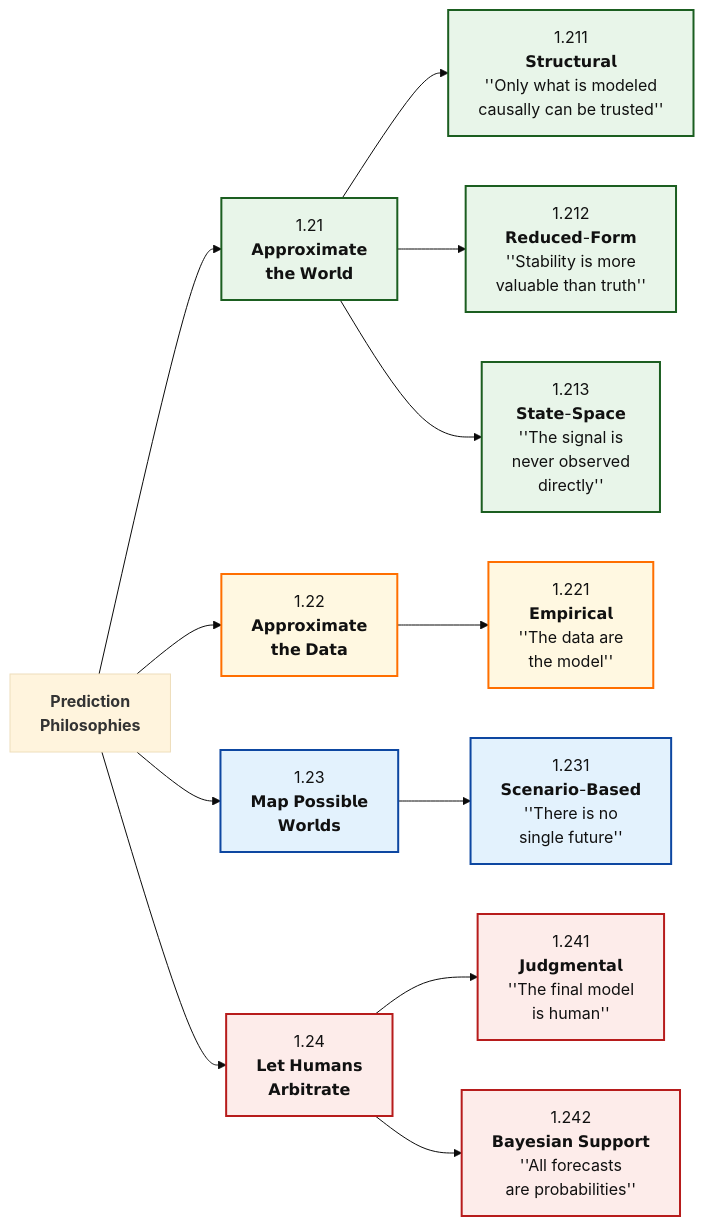
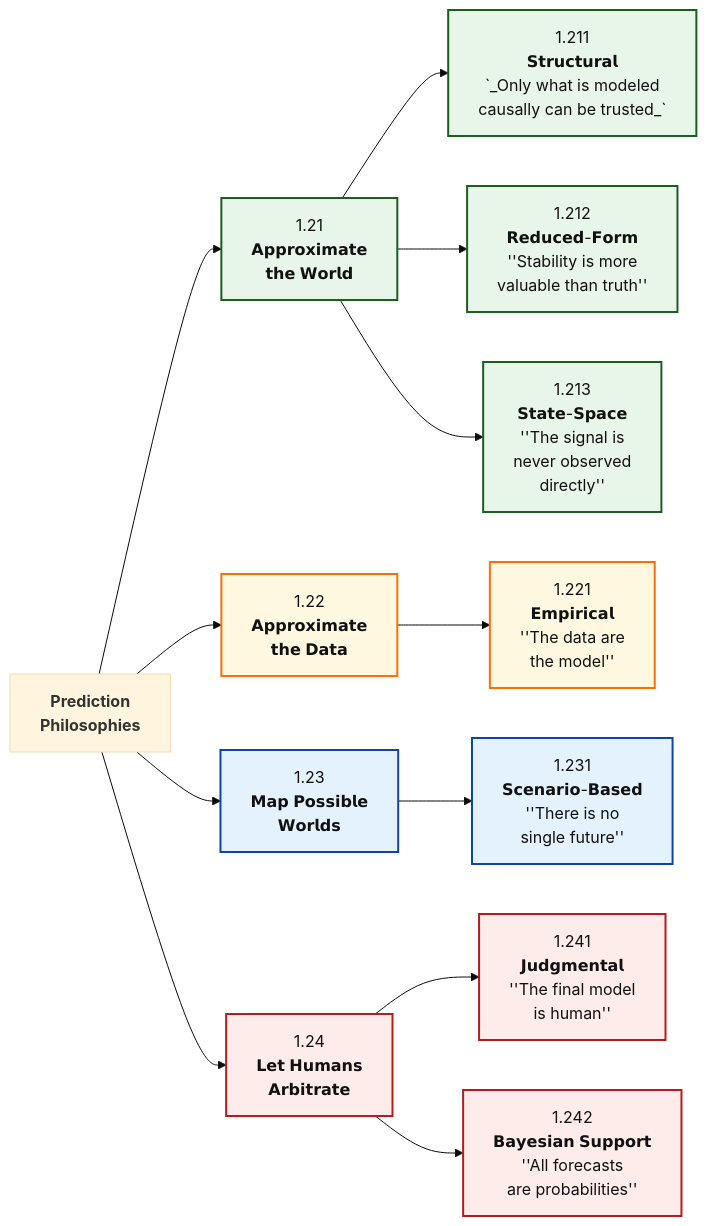
One commit to Tellusant/docs changed the diagram in articles-posts/predictive-model-evaluation-framework.md. Above: the diagram before and after it, drawn with Mermaid (base theme).

```diff
--- a/articles-posts/predictive-model-evaluation-framework.md
+++ b/articles-posts/predictive-model-evaluation-framework.md
@@ -25,42 +25,42 @@
 <div class="mermaid">
   
 flowchart LR
 
 %% ========= NODES =========
 P["`**Prediction**<br/>**Philosophies**`"]:::none
 
 AW["1.21<br/>𝗔𝗽𝗽𝗿𝗼𝘅𝗶𝗺𝗮𝘁𝗲<br/>𝘁𝗵𝗲 𝗪𝗼𝗿𝗹𝗱"]:::strong
 AD["1.22<br/>𝗔𝗽𝗽𝗿𝗼𝘅𝗶𝗺𝗮𝘁𝗲<br/>𝘁𝗵𝗲 𝗗𝗮𝘁𝗮"]:::mixed
 PW["1.23<br/>𝗠𝗮𝗽 𝗣𝗼𝘀𝘀𝗶𝗯𝗹𝗲<br/>𝗪𝗼𝗿𝗹𝗱𝘀"]:::neutral
 HA["1.24<br/>𝗟𝗲𝘁 𝗛𝘂𝗺𝗮𝗻𝘀<br/>𝗔𝗿𝗯𝗶𝘁𝗿𝗮𝘁𝗲"]:::risk
 
-STR["1.211<br/>𝗦𝘁𝗿𝘂𝗰𝘁𝘂𝗿𝗮𝗹<br/>''Only what is modeled<br/>causally can be trusted''"]:::strong
+STR["1.211<br/>𝗦𝘁𝗿𝘂𝗰𝘁𝘂𝗿𝗮𝗹<br/>`_Only what is modeled<br/>causally can be trusted_`"]:::strong
 RED["1.212<br/>𝗥𝗲𝗱𝘂𝗰𝗲𝗱-𝗙𝗼𝗿𝗺<br/>''Stability is more<br/>valuable than truth''"]:::strong
 STA["1.213<br/>𝗦𝘁𝗮𝘁𝗲-𝗦𝗽𝗮𝗰𝗲<br/>''The signal is<br/>never observed<br/>directly''"]:::strong
 EMP["1.221<br/>𝗘𝗺𝗽𝗶𝗿𝗶𝗰𝗮𝗹<br/>''The data are<br/>the model''"]:::mixed
 SCE["1.231<br/>𝗦𝗰𝗲𝗻𝗮𝗿𝗶𝗼-𝗕𝗮𝘀𝗲𝗱<br/>''There is no<br/>single future''"]:::neutral
 JUD["1.241<br/>𝗝𝘂𝗱𝗴𝗺𝗲𝗻𝘁𝗮𝗹<br/>''The final model<br/>is human''"]:::risk
 BAY["1.242<br/>𝗕𝗮𝘆𝗲𝘀𝗶𝗮𝗻 𝗦𝘂𝗽𝗽𝗼𝗿𝘁<br/>''All forecasts<br/>are probabilities''"]:::risk
 
 %% ========= RELATIONSHIPS =========
 P --> AW
 P --> AD
 P --> PW
 P --> HA
 AW --> STR
 AW --> RED
 AW --> STA
 AD --> EMP
 PW --> SCE
 HA --> JUD
 HA --> BAY
 
 %% ========= STYLES =========
 classDef strong  fill:#E8F5E9,stroke:#1B5E20,stroke-width:2px,color:#111;
 classDef neutral fill:#E3F2FD,stroke:#0D47A1,stroke-width:2px,color:#111;
 classDef mixed   fill:#FFF8E1,stroke:#FF6F00,stroke-width:2px,color:#111;
 classDef risk    fill:#FDECEA,stroke:#B71C1C,stroke-width:2px,color:#111;
 classDef summary fill:#F5F5F5,stroke:#424242,stroke-width:2px,color:#111;
 classDef anchor fill:transparent,stroke:transparent;
 
 </div>
```
